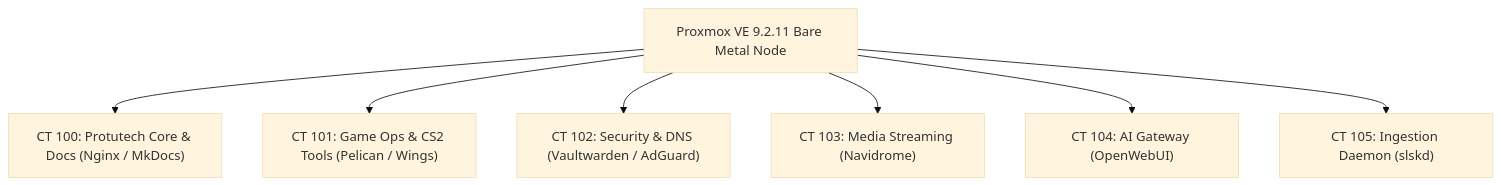
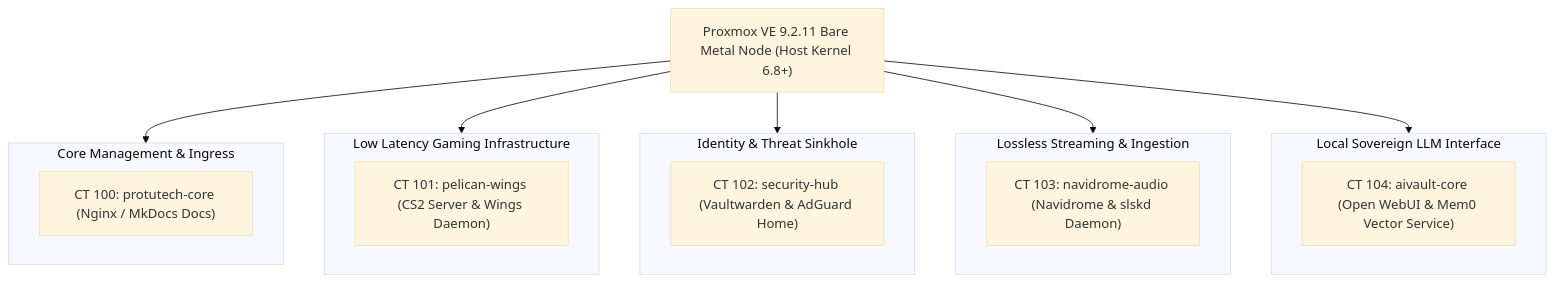
One commit to IAndrexI/documentation changed the first of 2 diagrams in docs/infra/proxmox.md. Above: the diagram before and after it, drawn with Mermaid (base theme). The commit also changed other lines of this file and 14 other files, not shown here.

Commit message:
docs: significantly expand technical depth across infrastructure, deployment, and service guides

````diff
--- a/docs/infra/proxmox.md
+++ b/docs/infra/proxmox.md
@@ -9,11 +26,30 @@
 ```mermaid
 graph TD
-    PVE["Proxmox VE 9.2.11 Bare Metal Node"]
+    PVE["Proxmox VE 9.2.11 Bare Metal Node (Host Kernel 6.8+)"]
     
-    PVE --> CT100["CT 100: Protutech Core & Docs (Nginx / MkDocs)"]
-    PVE --> CT101["CT 101: Game Ops & CS2 Tools (Pelican / Wings)"]
-    PVE --> CT102["CT 102: Security & DNS (Vaultwarden / AdGuard)"]
-    PVE --> CT103["CT 103: Media Streaming (Navidrome)"]
-    PVE --> CT104["CT 104: AI Gateway (OpenWebUI)"]
-    PVE --> CT105["CT 105: Ingestion Daemon (slskd)"]
+    subgraph CoreServices["Core Management & Ingress"]
+        CT100["CT 100: protutech-core (Nginx / MkDocs Docs)"]
+    end
+
+    subgraph GamingStack["Low Latency Gaming Infrastructure"]
+        CT101["CT 101: pelican-wings (CS2 Server & Wings Daemon)"]
+    end
+
+    subgraph SecurityStack["Identity & Threat Sinkhole"]
+        CT102["CT 102: security-hub (Vaultwarden & AdGuard Home)"]
+    end
+
+    subgraph MediaStack["Lossless Streaming & Ingestion"]
+        CT103["CT 103: navidrome-audio (Navidrome & slskd Daemon)"]
+    end
+
+    subgraph AIStack["Local Sovereign LLM Interface"]
+        CT104["CT 104: aivault-core (Open WebUI & Mem0 Vector Service)"]
+    end
+
+    PVE --> CoreServices
+    PVE --> GamingStack
+    PVE --> SecurityStack
+    PVE --> MediaStack
+    PVE --> AIStack
 ```
````
